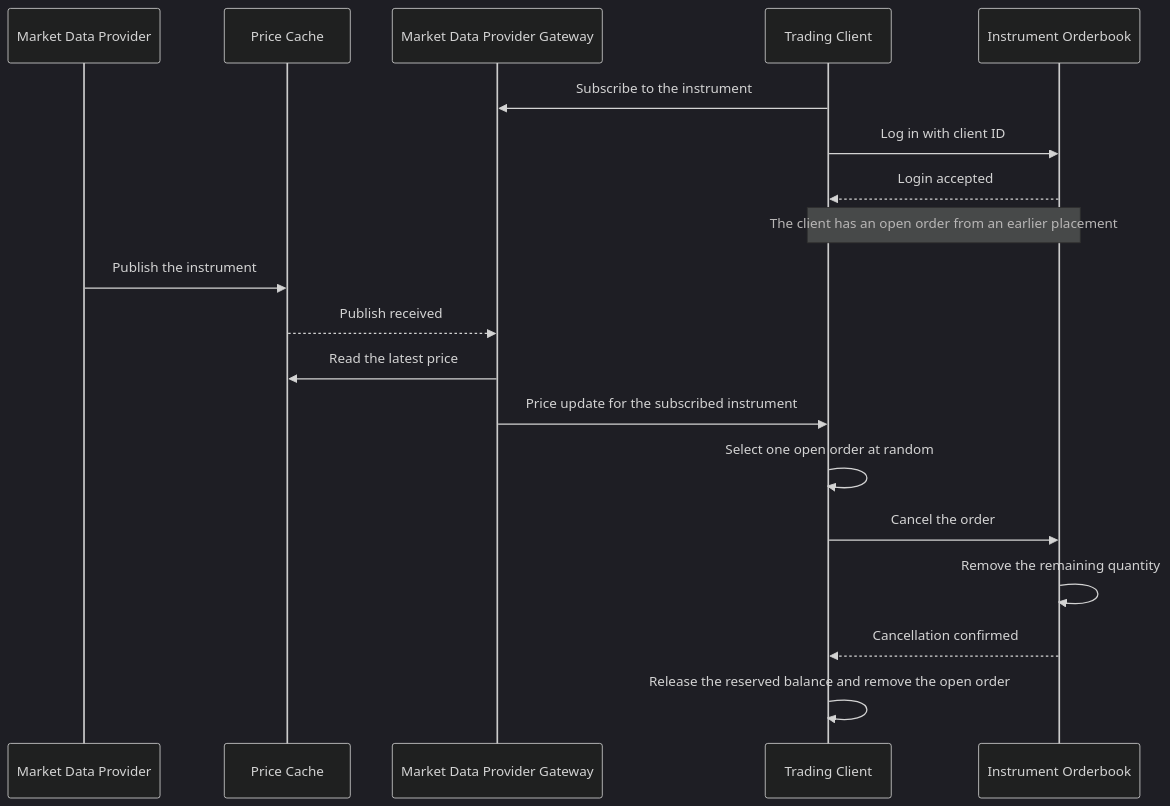
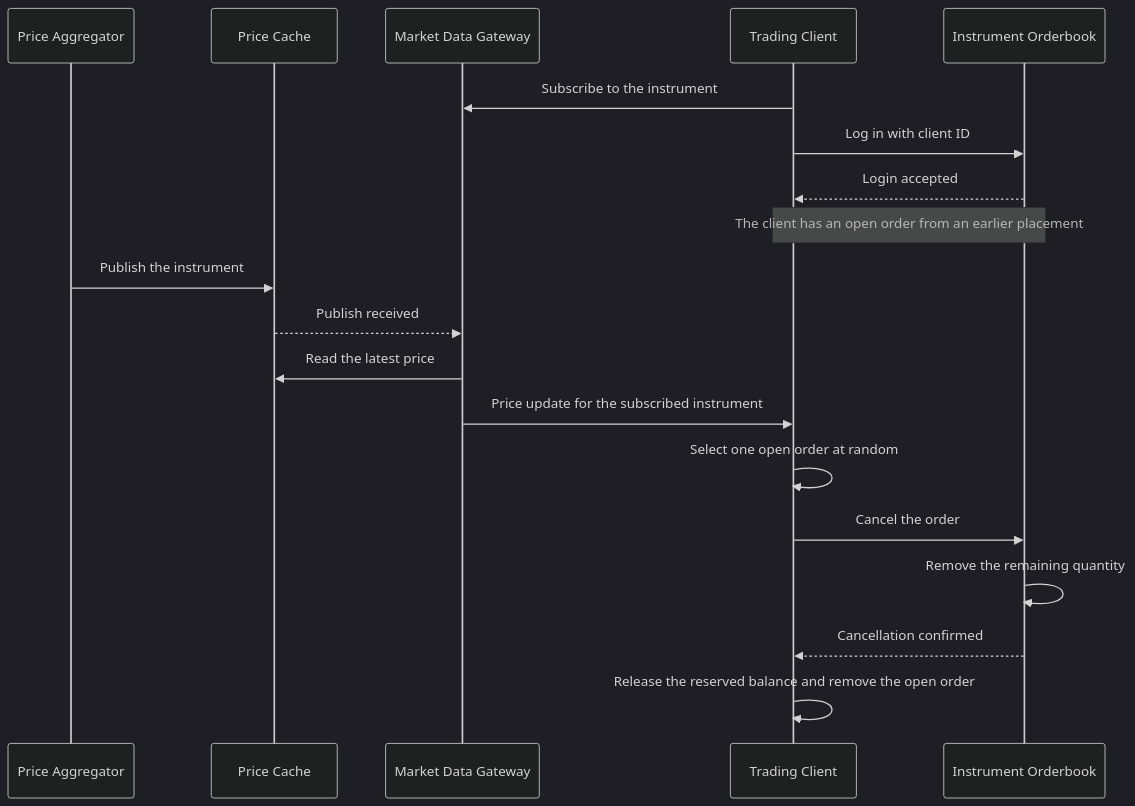
The second of 3 diagrams in docs/sequence.md (Braqzen/orderbook-trading), drawn with Mermaid (dark theme) before and after one commit. The commit also changed other lines of this file and 48 other files, not shown here.

Commit message:
Rename provider to aggregator, provider gateway to gateway

````diff
--- a/docs/sequence.md
+++ b/docs/sequence.md
@@ -44,22 +44,22 @@
 ```mermaid
 sequenceDiagram
-    participant MarketData as Market Data Provider
+    participant MarketData as Price Aggregator
     participant Cache as Price Cache
-    participant Gateway as Market Data Provider Gateway
+    participant Gateway as Market Data Gateway
     participant Client as Trading Client
     participant Orderbook as Instrument Orderbook
 
     Client->>Gateway: Subscribe to the instrument
     Client->>Orderbook: Log in with client ID
     Orderbook-->>Client: Login accepted
     Note over Client,Orderbook: The client has an open order from an earlier placement
     MarketData->>Cache: Publish the instrument
     Cache-->>Gateway: Publish received
     Gateway->>Cache: Read the latest price
     Gateway->>Client: Price update for the subscribed instrument
     Client->>Client: Select one open order at random
     Client->>Orderbook: Cancel the order
     Orderbook->>Orderbook: Remove the remaining quantity
     Orderbook-->>Client: Cancellation confirmed
     Client->>Client: Release the reserved balance and remove the open order
 ```
````
